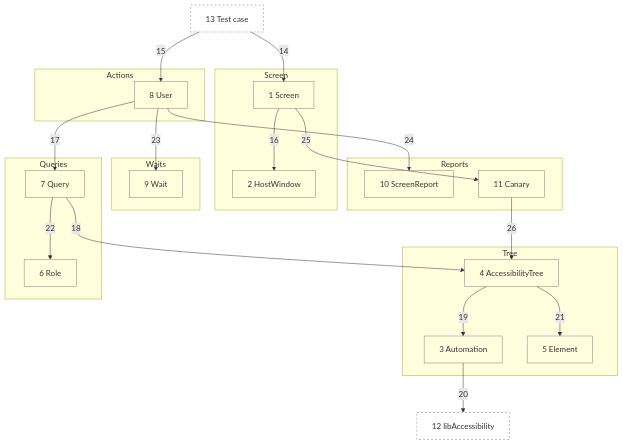
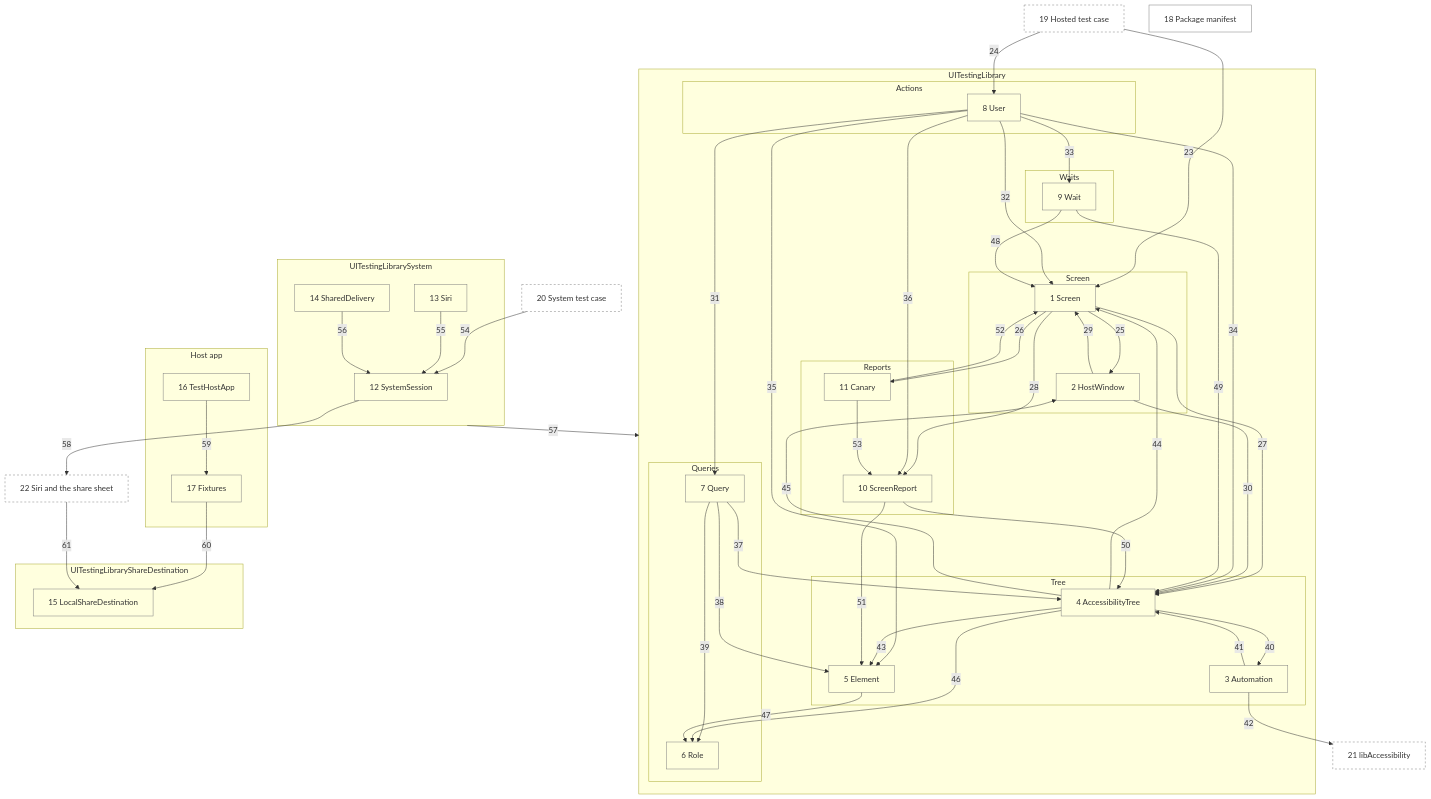
The first of 2 diagrams in docs/architecture/03-components.md (may-journal/apple-ui-testing-library), drawn with Mermaid before and after one commit. The commit also changed other lines of this file and 45 other files, not shown here.

First line of the commit message:
feat(system): drive system sharing, Siri and disabled controls (#60)

````diff
--- a/docs/architecture/03-components.md
+++ b/docs/architecture/03-components.md
@@ -9,51 +9,93 @@
 ```mermaid
 flowchart TB
-    test["13 Test case"]:::outside
+    test["19 Hosted test case"]:::outside
+    sysTest["20 System test case"]:::outside
 
-    subgraph screen["Screen"]
-        scr["1 Screen"]:::part
-        win["2 HostWindow"]:::part
+    subgraph lib["UITestingLibrary"]
+        subgraph screen["Screen"]
+            scr["1 Screen"]:::part
+            win["2 HostWindow"]:::part
+        end
+        subgraph tree["Tree"]
+            auto["3 Automation"]:::part
+            walk["4 AccessibilityTree"]:::part
+            elem["5 Element"]:::part
+        end
+        subgraph queries["Queries"]
+            role["6 Role"]:::part
+            query["7 Query"]:::part
+        end
+        subgraph acts["Actions"]
+            user["8 User"]:::part
+        end
+        subgraph waits["Waits"]
+            wait["9 Wait"]:::part
+        end
+        subgraph reports["Reports"]
+            report["10 ScreenReport"]:::part
+            canary["11 Canary"]:::part
+        end
     end
 
-    subgraph tree["Tree"]
-        auto["3 Automation"]:::part
-        walk["4 AccessibilityTree"]:::part
-        elem["5 Element"]:::part
+    subgraph sys["UITestingLibrarySystem"]
+        session["12 SystemSession"]:::part
+        siri["13 Siri"]:::part
+        delivery["14 SharedDelivery"]:::part
     end
 
-    subgraph queries["Queries"]
-        role["6 Role"]:::part
-        query["7 Query"]:::part
+    subgraph dest["UITestingLibraryShareDestination"]
+        local["15 LocalShareDestination"]:::part
     end
 
-    subgraph acts["Actions"]
-        user["8 User"]:::part
+    subgraph hostApp["Host app"]
+        app["16 TestHostApp"]:::part
+        fixtures["17 Fixtures"]:::part
     end
 
-    subgraph waits["Waits"]
-        wait["9 Wait"]:::part
-    end
+    manifest["18 Package manifest"]:::part
 
-    subgraph reports["Reports"]
-        report["10 ScreenReport"]:::part
-        canary["11 Canary"]:::part
-    end
+    ax["21 libAccessibility"]:::outside
+    systemUI["22 Siri and the share sheet"]:::outside
 
-    ax["12 libAccessibility"]:::outside
-
-    test -->|14| scr
-    test -->|15| user
-    scr -->|16| win
-    user -->|17| query
-    query -->|18| walk
-    walk -->|19| auto
-    auto -->|20| ax
-    walk -->|21| elem
-    query -->|22| role
-    user -->|23| wait
-    user -->|24| report
-    scr -->|25| canary
-    canary -->|26| walk
+    test -->|23| scr
+    test -->|24| user
+    scr -->|25| win
+    scr -->|26| canary
+    scr -->|27| walk
+    scr -->|28| report
+    win -->|29| scr
+    win -->|30| walk
+    user -->|31| query
+    user -->|32| scr
+    user -->|33| wait
+    user -->|34| walk
+    user -->|35| elem
+    user -->|36| report
+    query -->|37| walk
+    query -->|38| elem
+    query -->|39| role
+    walk -->|40| auto
+    auto -->|41| walk
+    auto -->|42| ax
+    walk -->|43| elem
+    walk -->|44| scr
+    walk -->|45| win
+    walk -->|46| role
+    elem -->|47| role
+    wait -->|48| scr
+    wait -->|49| walk
+    report -->|50| walk
+    report -->|51| elem
+    canary -->|52| scr
+    canary -->|53| report
+    sysTest -->|54| session
+    siri -->|55| session
+    delivery -->|56| session
+    sys -->|57| lib
+    session -->|58| systemUI
+    app -->|59| fixtures
+    fixtures -->|60| local
+    systemUI -->|61| local
 
     classDef part fill:none,stroke:gray
     classDef outside fill:none,stroke:gray,stroke-dasharray:4
````
